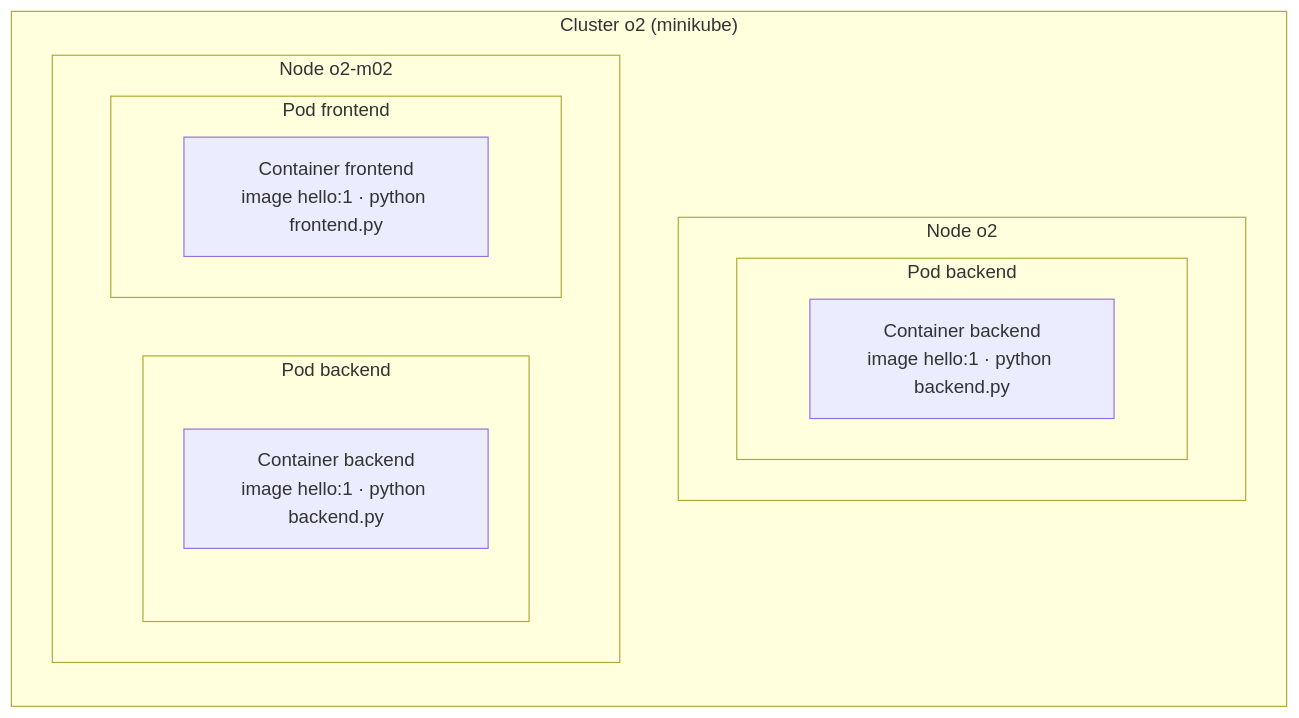
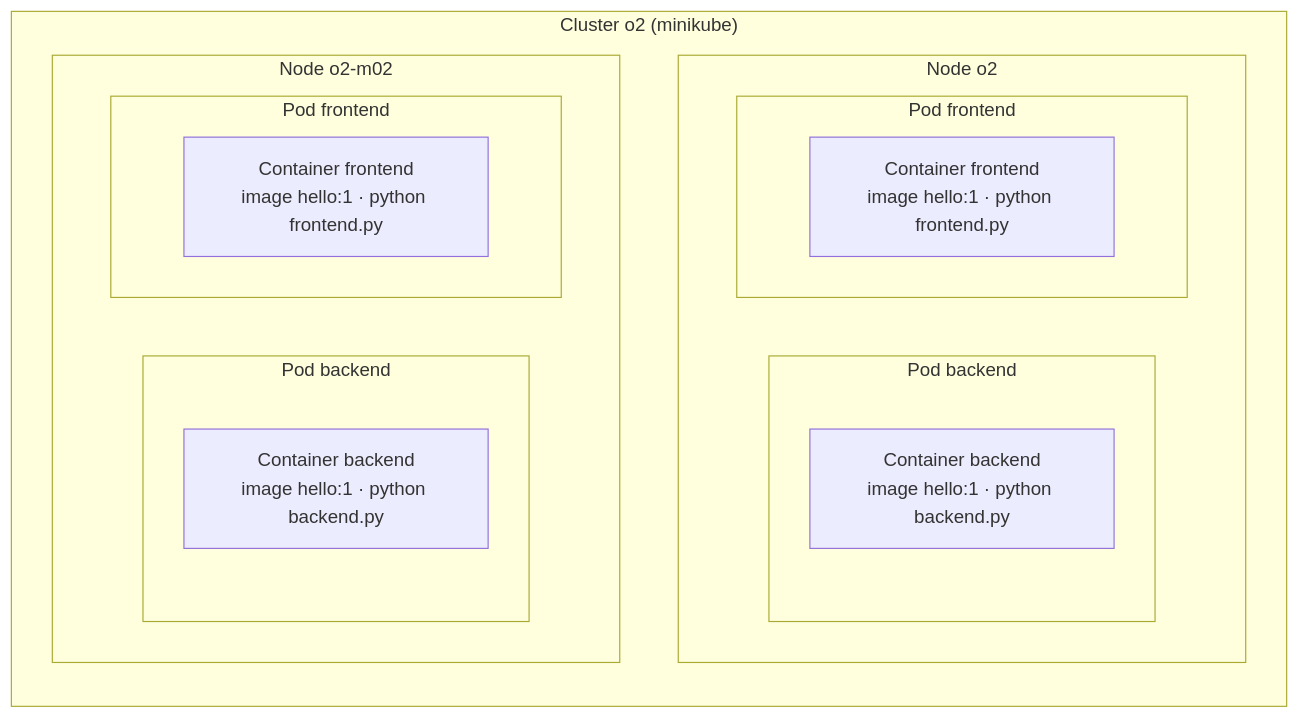
Before and after one commit to martin1080p/o2-case-study: the diagram in k8s/README.md, drawn with Mermaid. The commit also changed other lines of this file and 1 other file, not shown here.

Commit message:
k8s: two frontend replicas, one per node

````diff
--- a/k8s/README.md
+++ b/k8s/README.md
@@ -6,18 +6,21 @@
 ```mermaid
 flowchart LR
     subgraph cluster["Cluster o2 (minikube)"]
         subgraph n1["Node o2"]
             subgraph p1["Pod backend"]
                 c1["Container backend<br/>image hello:1 · python backend.py"]
+            end
+            subgraph p4["Pod frontend"]
+                c4["Container frontend<br/>image hello:1 · python frontend.py"]
             end
         end
         subgraph n2["Node o2-m02"]
             subgraph p2["Pod backend"]
                 c2["Container backend<br/>image hello:1 · python backend.py"]
             end
             subgraph p3["Pod frontend"]
                 c3["Container frontend<br/>image hello:1 · python frontend.py"]
             end
         end
     end
 ```
````
